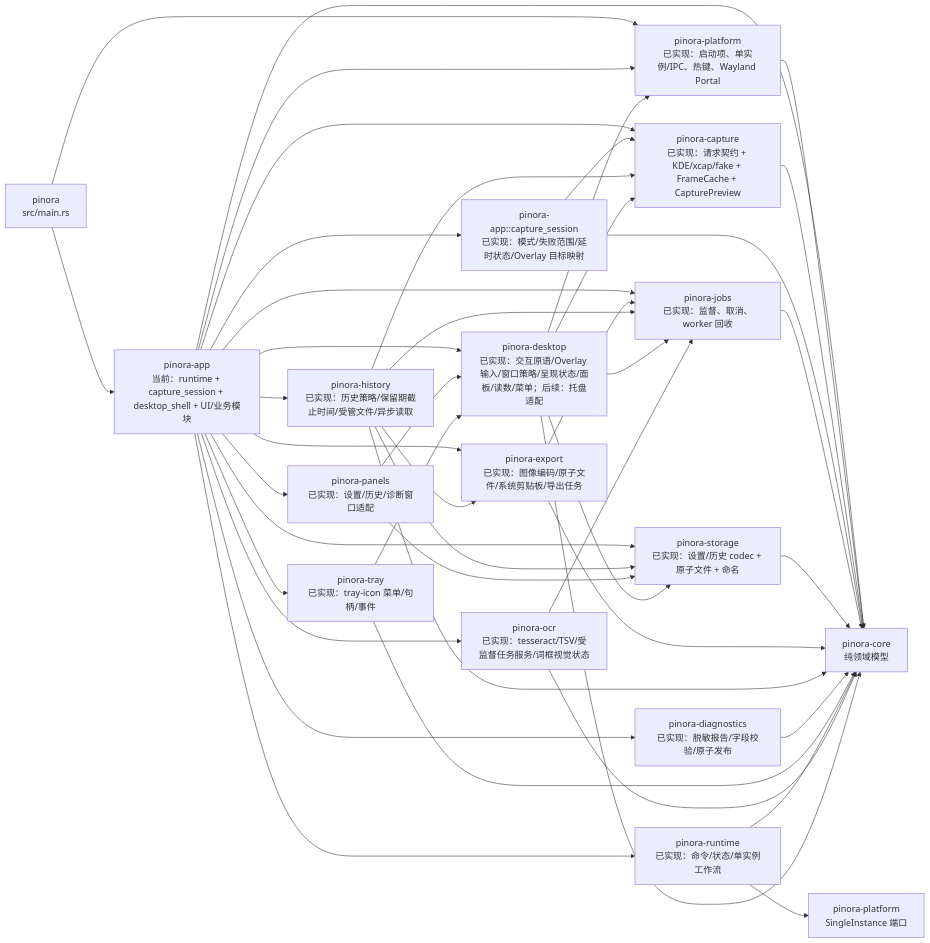
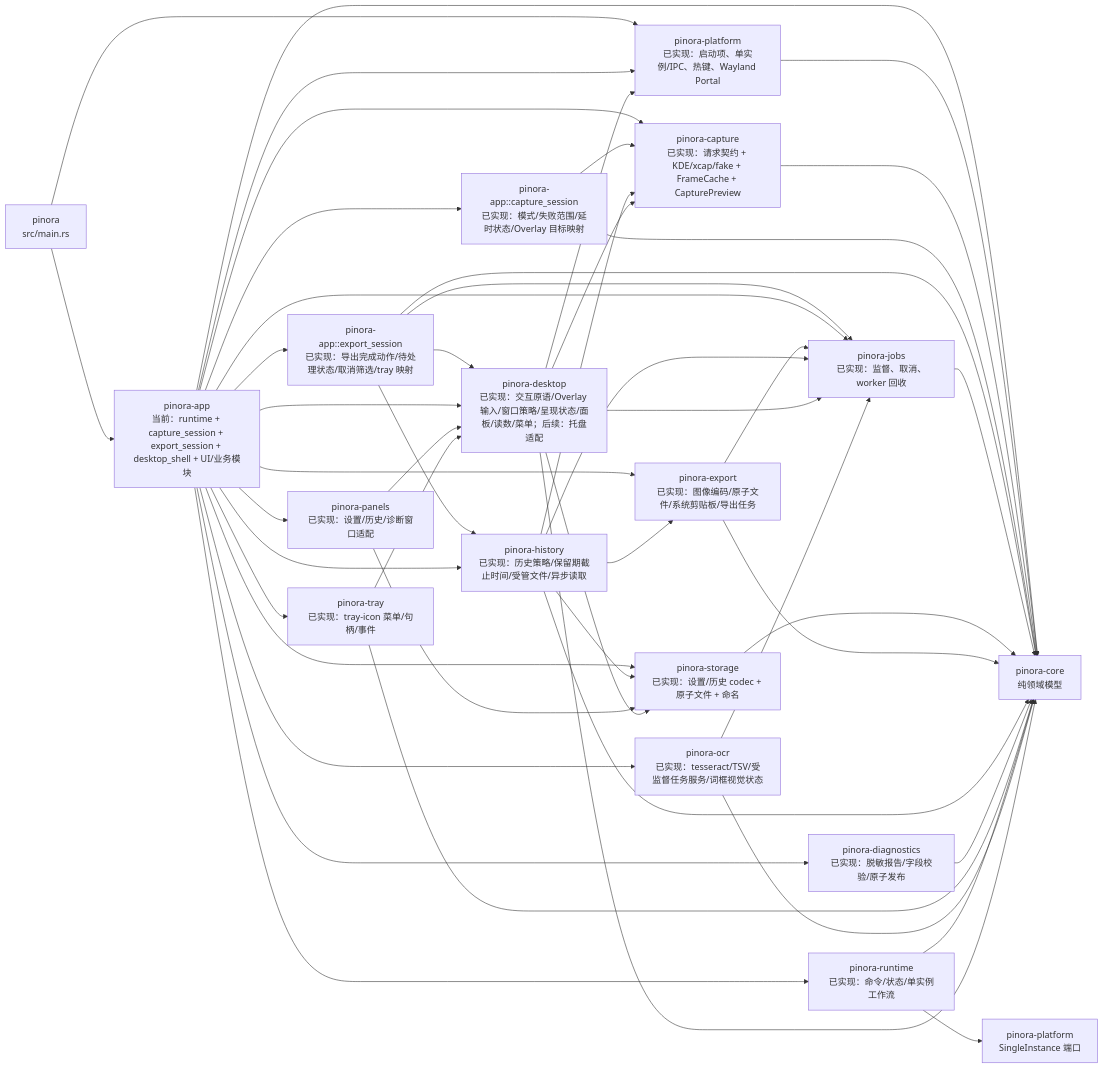
One commit to yhyzgn/pinora changed the third of 26 diagrams in docs/Pinora-开发设计文档.md. Above: the diagram before and after it, drawn with Mermaid. The commit also changed other lines of this file and 9 other files, not shown here.

Commit message:
refactor(app): isolate export session state

````diff
--- a/docs/Pinora-开发设计文档.md
+++ b/docs/Pinora-开发设计文档.md
@@ -236,47 +236,52 @@
 ```mermaid
 flowchart LR
-    Main["pinora\nsrc/main.rs"] --> App["pinora-app\n当前：runtime + capture_session + desktop_shell + UI/业务模块"]
+    Main["pinora\nsrc/main.rs"] --> App["pinora-app\n当前：runtime + capture_session + export_session + desktop_shell + UI/业务模块"]
     Main --> Platform["pinora-platform\n已实现：启动项、单实例/IPC、热键、Wayland Portal"]
     App --> Platform
     App --> Core["pinora-core\n纯领域模型"]
     Platform --> Core
 
     App --> CaptureNow["pinora-capture\n已实现：请求契约 + KDE/xcap/fake + FrameCache + CapturePreview"]
     CaptureNow --> Core
     App --> CaptureSession["pinora-app::capture_session\n已实现：模式/失败范围/延时状态/Overlay 目标映射"]
     CaptureSession --> CaptureNow
     CaptureSession --> Core
+    App --> ExportSession["pinora-app::export_session\n已实现：导出完成动作/待处理状态/取消筛选/tray 映射"]
+    ExportSession --> Core
+    ExportSession --> HistoryNow
+    ExportSession --> Desktop
+    ExportSession --> JobsNow
     App --> JobsNow["pinora-jobs\n已实现：监督、取消、worker 回收"]
     JobsNow --> Core
     App --> StorageNow["pinora-storage\n已实现：设置/历史 codec + 原子文件 + 命名"]
     StorageNow --> Core
     App --> Desktop["pinora-desktop\n已实现：交互原语/Overlay 输入/窗口策略/呈现状态/面板/读数/菜单；后续：托盘适配"]
     App --> ExportNow["pinora-export\n已实现：图像编码/原子文件/系统剪贴板/导出任务"]
     ExportNow --> Core
     ExportNow --> JobsNow
     App --> HistoryNow["pinora-history\n已实现：历史策略/保留期截止时间/受管文件/异步读取"]
     HistoryNow --> Core
     HistoryNow --> StorageNow
     HistoryNow --> CaptureNow
     HistoryNow --> JobsNow
     HistoryNow --> ExportNow
     App --> DiagnosticsNow["pinora-diagnostics\n已实现：脱敏报告/字段校验/原子发布"]
     DiagnosticsNow --> Core
     App --> PanelsNow["pinora-panels\n已实现：设置/历史/诊断窗口适配"]
     PanelsNow --> Desktop
     PanelsNow --> StorageNow
     App --> TrayNow["pinora-tray\n已实现：tray-icon 菜单/句柄/事件"]
     TrayNow --> Core
     TrayNow --> Desktop
     App --> RuntimeNow["pinora-runtime\n已实现：命令/状态/单实例工作流"]
     RuntimeNow --> Core
     RuntimeNow --> PlatformNow["pinora-platform\nSingleInstance 端口"]
     App --> Ocr["pinora-ocr\n已实现：tesseract/TSV/受监督任务服务/词框视觉状态"]
     Ocr --> Core
     Desktop --> Core
     Desktop --> Platform
     Desktop --> CaptureNow
     Desktop --> JobsNow
     Desktop --> StorageNow
     Ocr --> JobsNow
 ```
````
